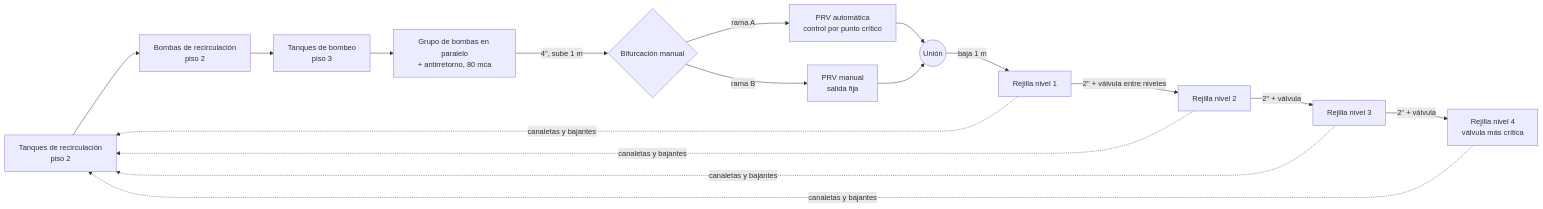
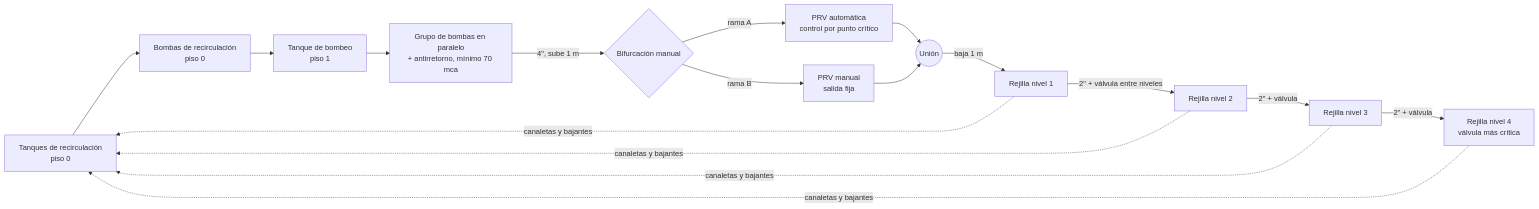
Before and after one commit to Arvantti/Arv-DigitalTwin-Demo: the diagram in docs/water-network-plant.md, drawn with Mermaid. The commit also changed other lines of this file and 1 other file, not shown here.

First line of the commit message:
Diseño de la planta: pisos, tanques y reglas de presión confirmados

````diff
--- a/docs/water-network-plant.md
+++ b/docs/water-network-plant.md
@@ -28,16 +28,16 @@
 ```mermaid
 flowchart LR
-  TR[Tanques de recirculación<br/>piso 2] --> BR[Bombas de recirculación<br/>piso 2]
-  BR --> TB[Tanques de bombeo<br/>piso 3]
-  TB --> BP[Grupo de bombas en paralelo<br/>+ antirretorno, 80 mca]
+  TR[Tanques de recirculación<br/>piso 0] --> BR[Bombas de recirculación<br/>piso 0]
+  BR --> TB[Tanque de bombeo<br/>piso 1]
+  TB --> BP[Grupo de bombas en paralelo<br/>+ antirretorno, mínimo 70 mca]
   BP -->|4&quot;, sube 1 m| BIF{Bifurcación manual}
   BIF -->|rama A| PRVA[PRV automática<br/>control por punto crítico]
   BIF -->|rama B| PRVM[PRV manual<br/>salida fija]
   PRVA --> UNI((Unión))
   PRVM --> UNI
   UNI -->|baja 1 m| N1[Rejilla nivel 1]
   N1 -->|2&quot; + válvula entre niveles| N2[Rejilla nivel 2]
   N2 -->|2&quot; + válvula| N3[Rejilla nivel 3]
   N3 -->|2&quot; + válvula| N4[Rejilla nivel 4<br/>válvula más crítica]
   N1 & N2 & N3 & N4 -.->|canaletas y bajantes| TR
 ```
````
